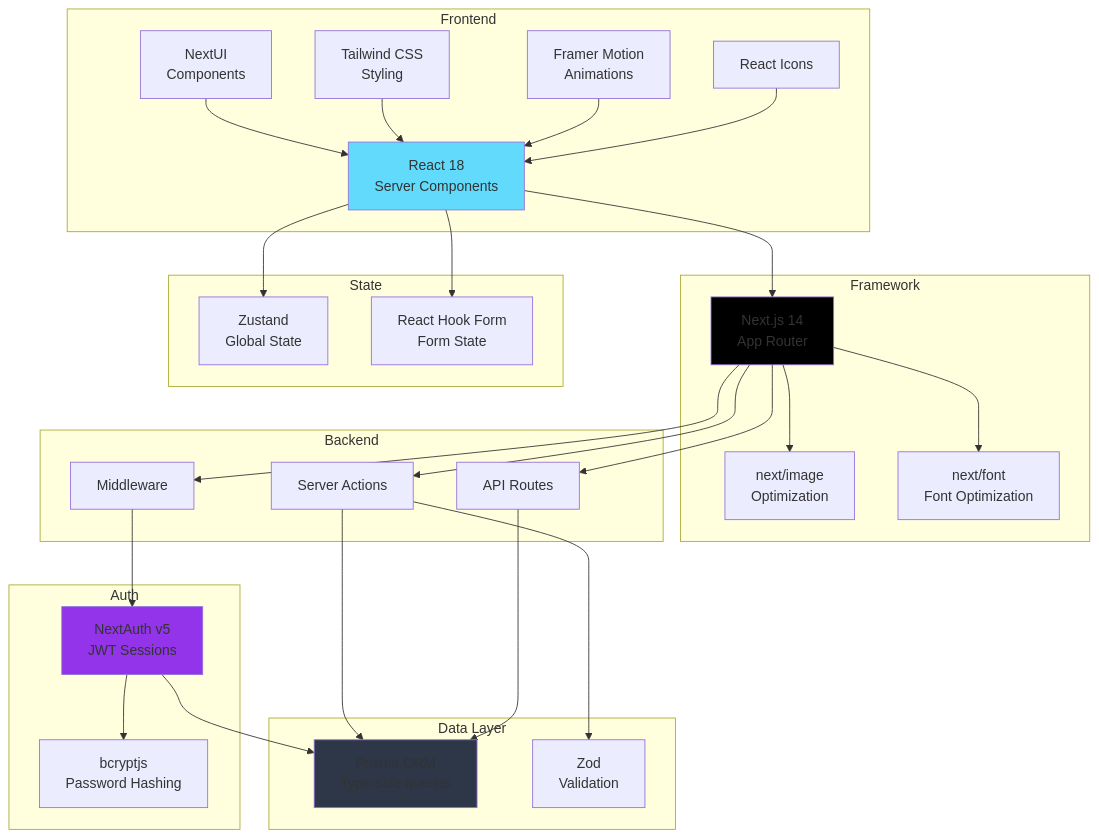
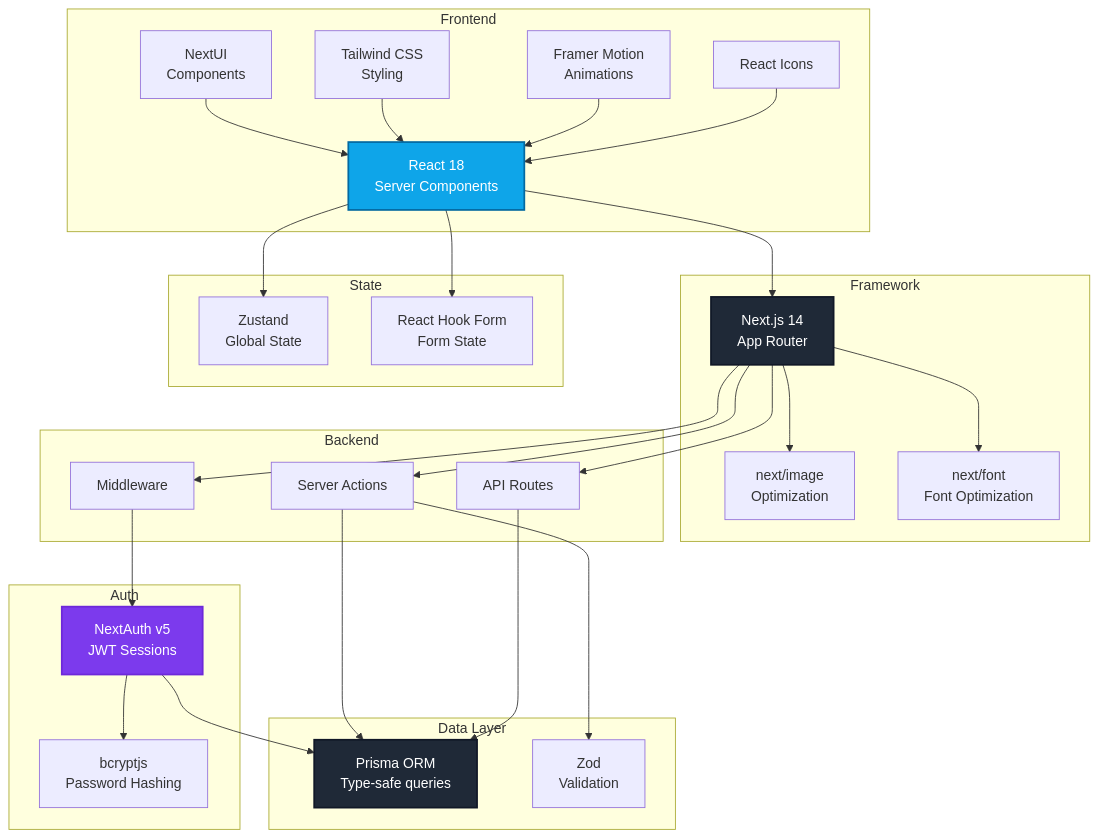
Before and after one commit to inskillflow/next-auth-demo-2-match: diagram 30 of 32 in documentation/16-diagrammes-architecture.md, drawn with Mermaid. The commit also changed other lines of this file, not shown here.

````diff
--- a/documentation/16-diagrammes-architecture.md
+++ b/documentation/16-diagrammes-architecture.md
@@ -1308,65 +1308,65 @@
 ```mermaid
 graph TB
     subgraph "Frontend"
         React[React 18<br/>Server Components]
         NextUI[NextUI<br/>Components]
         Tailwind[Tailwind CSS<br/>Styling]
         Framer[Framer Motion<br/>Animations]
         Icons[React Icons]
     end
     
     subgraph "Framework"
         Next[Next.js 14<br/>App Router]
         NextImg[next/image<br/>Optimization]
         NextFont[next/font<br/>Font Optimization]
     end
     
     subgraph "Backend"
         ServerActions[Server Actions]
         APIRoutes[API Routes]
         Middleware[Middleware]
     end
     
     subgraph "Data Layer"
         Prisma[Prisma ORM<br/>Type-safe queries]
         Zod[Zod<br/>Validation]
     end
     
     subgraph "Auth"
         NextAuth[NextAuth v5<br/>JWT Sessions]
         Bcrypt[bcryptjs<br/>Password Hashing]
     end
     
     subgraph "State"
         Zustand[Zustand<br/>Global State]
         RHF[React Hook Form<br/>Form State]
     end
     
     React --> Next
     NextUI --> React
     Tailwind --> React
     Framer --> React
     Icons --> React
     
     Next --> ServerActions
     Next --> APIRoutes
     Next --> Middleware
     Next --> NextImg
     Next --> NextFont
     
     ServerActions --> Prisma
     APIRoutes --> Prisma
     ServerActions --> Zod
     
     Middleware --> NextAuth
     NextAuth --> Bcrypt
     NextAuth --> Prisma
     
     React --> Zustand
     React --> RHF
     
-    style Next fill:#000
-    style React fill:#61dafb
-    style Prisma fill:#2d3748
-    style NextAuth fill:#9333ea
+    style Next fill:#1f2937,stroke:#111827,stroke-width:2px,color:#fff
+    style React fill:#0ea5e9,stroke:#0369a1,stroke-width:2px,color:#fff
+    style Prisma fill:#1f2937,stroke:#111827,stroke-width:2px,color:#fff
+    style NextAuth fill:#7c3aed,stroke:#6d28d9,stroke-width:2px,color:#fff
 ```
````
